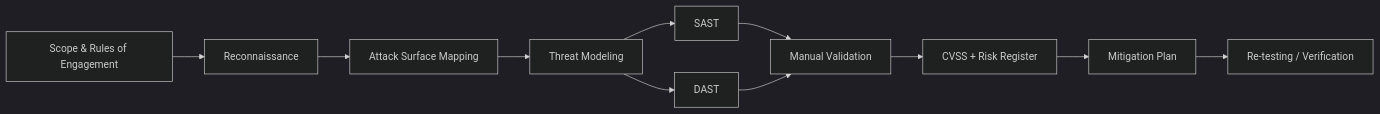
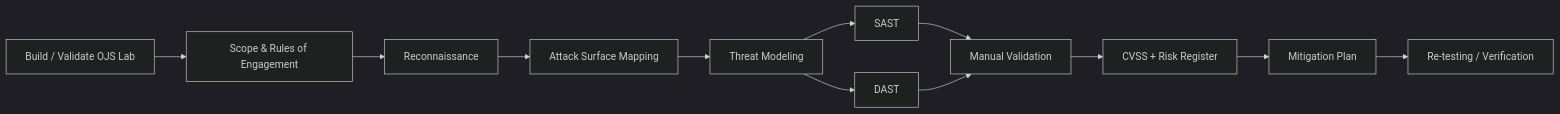
Before and after one commit to syifaniads/ojs-devsecops-security-assessment: the diagram in README.md, drawn with Mermaid (dark theme). The commit also changed other lines of this file, not shown here.

Commit message:
docs: expand portfolio with lab setup and related projects

````diff
--- a/README.md
+++ b/README.md
@@ -27,13 +33,14 @@
 ```mermaid
 flowchart LR
-    A[Scope & Rules of Engagement] --> B[Reconnaissance]
-    B --> C[Attack Surface Mapping]
-    C --> D[Threat Modeling]
-    D --> E[SAST]
-    D --> F[DAST]
-    E --> G[Manual Validation]
-    F --> G
-    G --> H[CVSS + Risk Register]
-    H --> I[Mitigation Plan]
-    I --> J[Re-testing / Verification]
+    A[Build / Validate OJS Lab] --> B[Scope & Rules of Engagement]
+    B --> C[Reconnaissance]
+    C --> D[Attack Surface Mapping]
+    D --> E[Threat Modeling]
+    E --> F[SAST]
+    E --> G[DAST]
+    F --> H[Manual Validation]
+    G --> H
+    H --> I[CVSS + Risk Register]
+    I --> J[Mitigation Plan]
+    J --> K[Re-testing / Verification]
 ```
````
